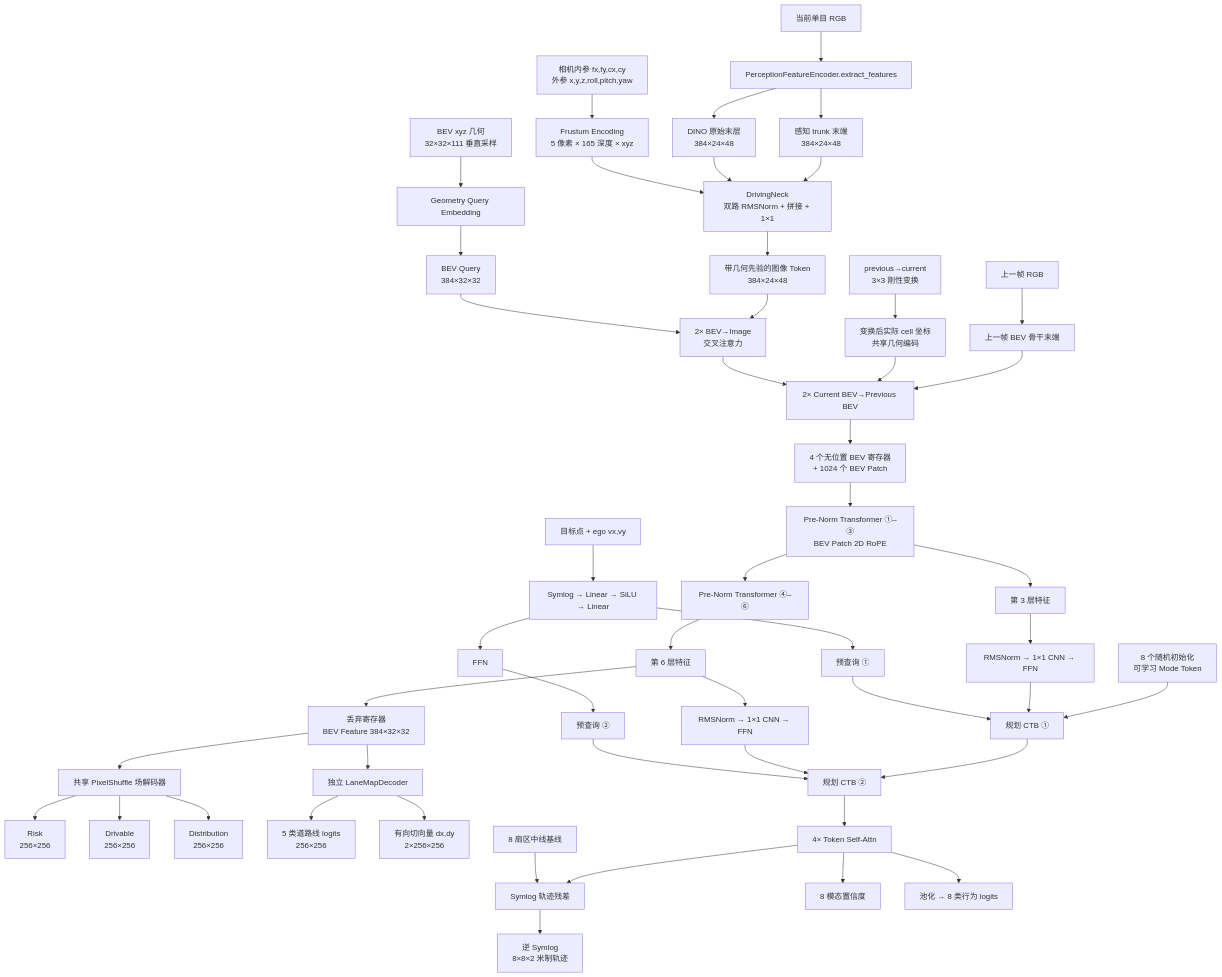
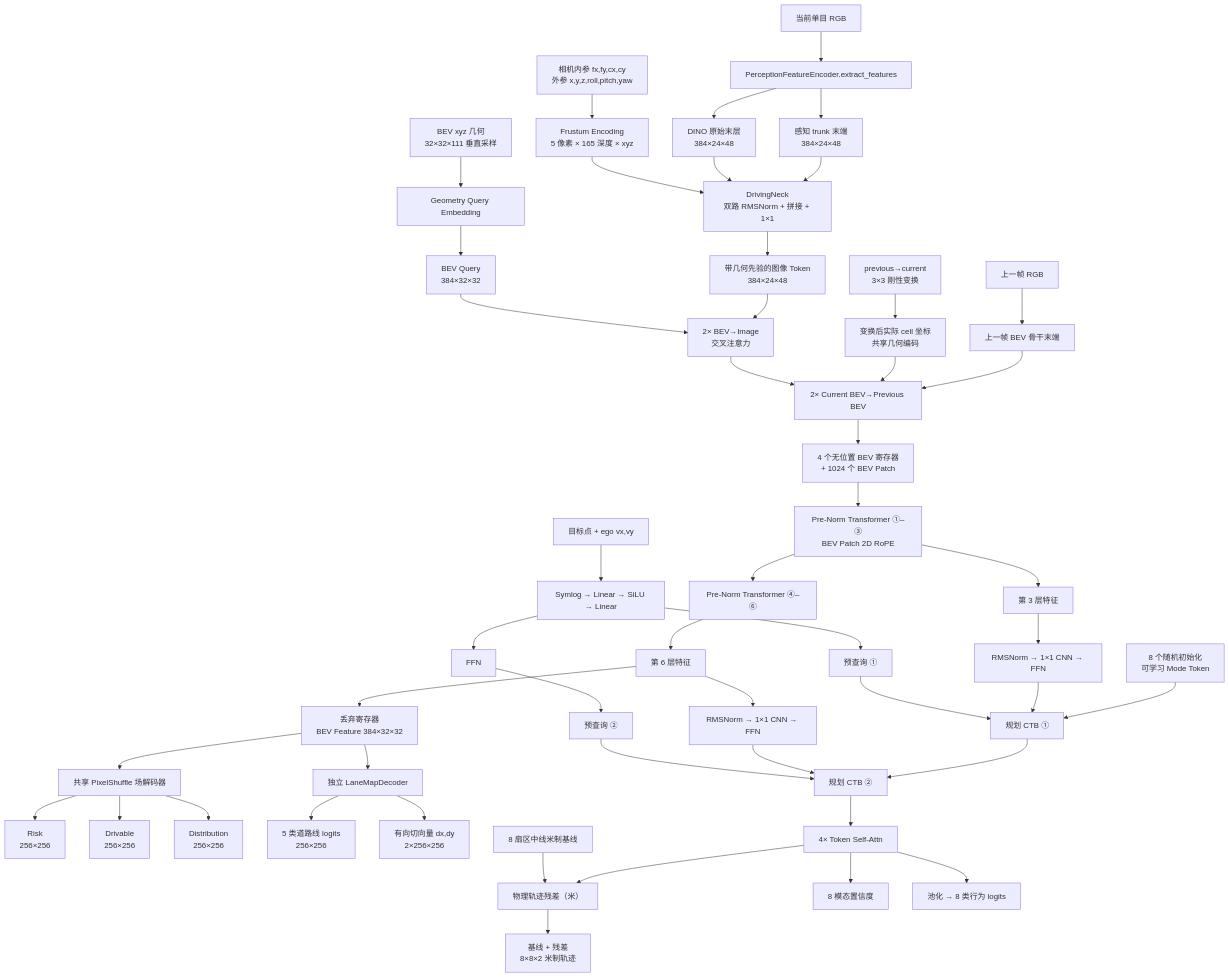
The fourth of 9 diagrams in README.md (ByteDriveTeam/ByteDrive-Toy), drawn with Mermaid before and after one commit. The commit also changed other lines of this file and 5 other files, not shown here.

````diff
--- a/README.md
+++ b/README.md
@@ -274,52 +274,52 @@
 ```mermaid
 flowchart TB
     RGB["当前单目 RGB"] --> P["PerceptionFeatureEncoder.extract_features"]
     P --> T["感知 trunk 末端<br/>384×24×48"]
     P --> R["DINO 原始末层<br/>384×24×48"]
 
     T --> NECK["DrivingNeck<br/>双路 RMSNorm + 拼接 + 1×1"]
     R --> NECK
     CALIB["相机内参 fx,fy,cx,cy<br/>外参 x,y,z,roll,pitch,yaw"] --> FR["Frustum Encoding<br/>5 像素 × 165 深度 × xyz"]
     FR --> NECK
     NECK --> IMG["带几何先验的图像 Token<br/>384×24×48"]
 
     GRID["BEV xyz 几何<br/>32×32×111 垂直采样"] --> QUERY["Geometry Query Embedding"]
     QUERY --> BEVQ["BEV Query<br/>384×32×32"]
     IMG --> CROSS["2× BEV→Image<br/>交叉注意力"]
     BEVQ --> CROSS
     PRGB["上一帧 RGB"] --> PBEV["上一帧 BEV 骨干末端"]
     TF["previous→current<br/>3×3 刚性变换"] --> PGEOM["变换后实际 cell 坐标<br/>共享几何编码"]
     PBEV --> TCROSS["2× Current BEV→Previous BEV"]
     PGEOM --> TCROSS
     CROSS --> TCROSS --> SEQ["4 个无位置 BEV 寄存器<br/>+ 1024 个 BEV Patch"]
     SEQ --> TRANS3["Pre-Norm Transformer ①–③<br/>BEV Patch 2D RoPE"]
     TRANS3 --> F3["第 3 层特征"]
     TRANS3 --> TRANS6["Pre-Norm Transformer ④–⑥"]
     TRANS6 --> F6["第 6 层特征"]
     F6 --> BEV["丢弃寄存器<br/>BEV Feature 384×32×32"]
 
     BEV --> FIELD["共享 PixelShuffle 场解码器"]
     FIELD --> RISK["Risk<br/>256×256"]
     FIELD --> DRIVE["Drivable<br/>256×256"]
     FIELD --> DIST["Distribution<br/>256×256"]
 
     BEV --> LANE["独立 LaneMapDecoder"]
     LANE --> LCLS["5 类道路线 logits<br/>256×256"]
     LANE --> LDIR["有向切向量 dx,dy<br/>2×256×256"]
 
     COND["目标点 + ego vx,vy"] --> SYM["Symlog → Linear → SiLU → Linear"]
     SYM --> Q1["预查询 ①"]
     SYM --> PPN["FFN"] --> Q2["预查询 ②"]
     MODE["8 个随机初始化<br/>可学习 Mode Token"] --> CTB1["规划 CTB ①"]
     F3 --> A1["RMSNorm → 1×1 CNN → FFN"] --> CTB1
     Q1 --> CTB1
     CTB1 --> CTB2["规划 CTB ②"]
     F6 --> A2["RMSNorm → 1×1 CNN → FFN"] --> CTB2
     Q2 --> CTB2
     CTB2 --> PTB["4× Token Self-Attn"]
-    PTB --> RES["Symlog 轨迹残差"]
-    BASE["8 扇区中线基线"] --> RES
-    RES --> TRAJ["逆 Symlog<br/>8×8×2 米制轨迹"]
+    PTB --> RES["物理轨迹残差（米）"]
+    BASE["8 扇区中线米制基线"] --> RES
+    RES --> TRAJ["基线 + 残差<br/>8×8×2 米制轨迹"]
     PTB --> CONF["8 模态置信度"]
     PTB --> ACT["池化 → 8 类行为 logits"]
 ```
````
